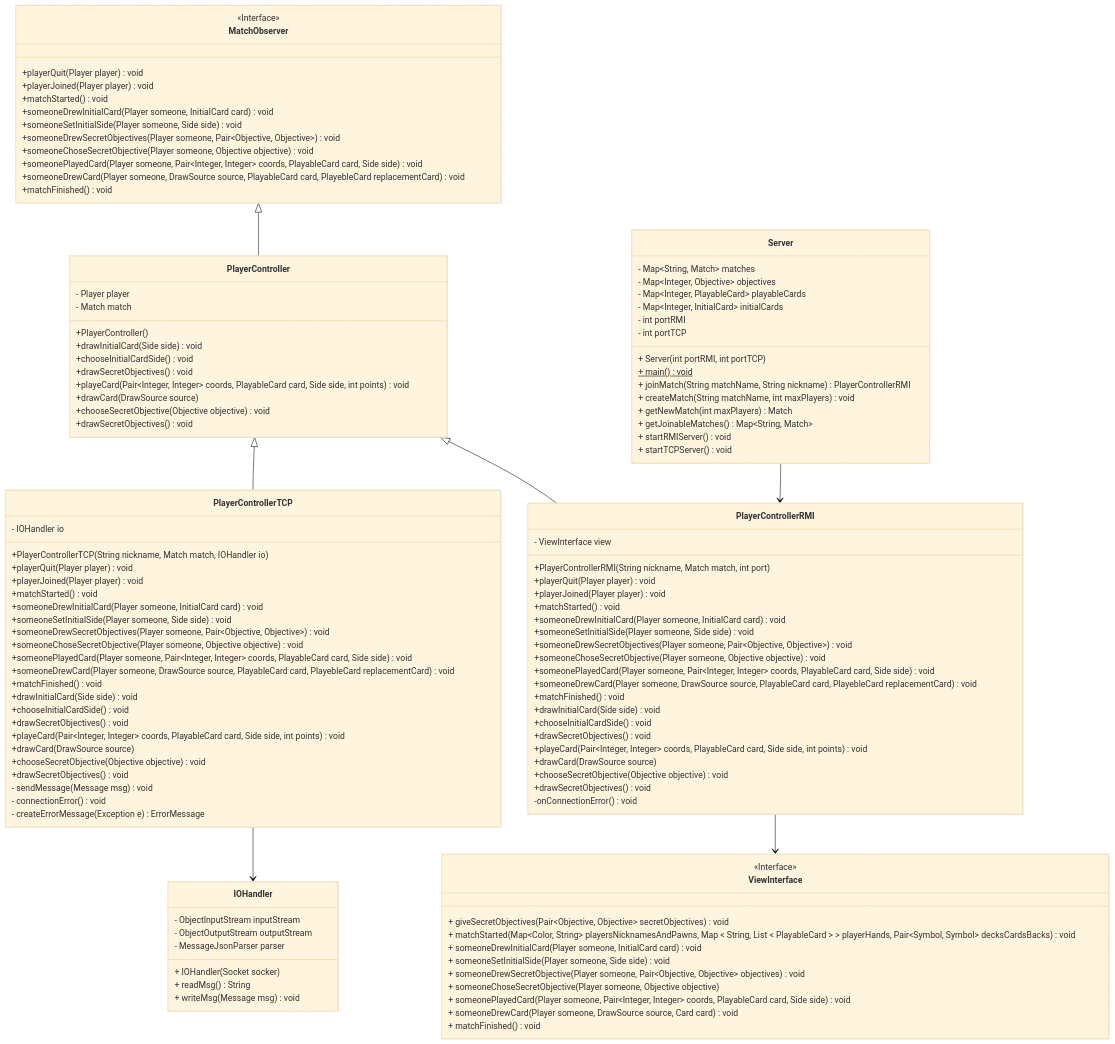
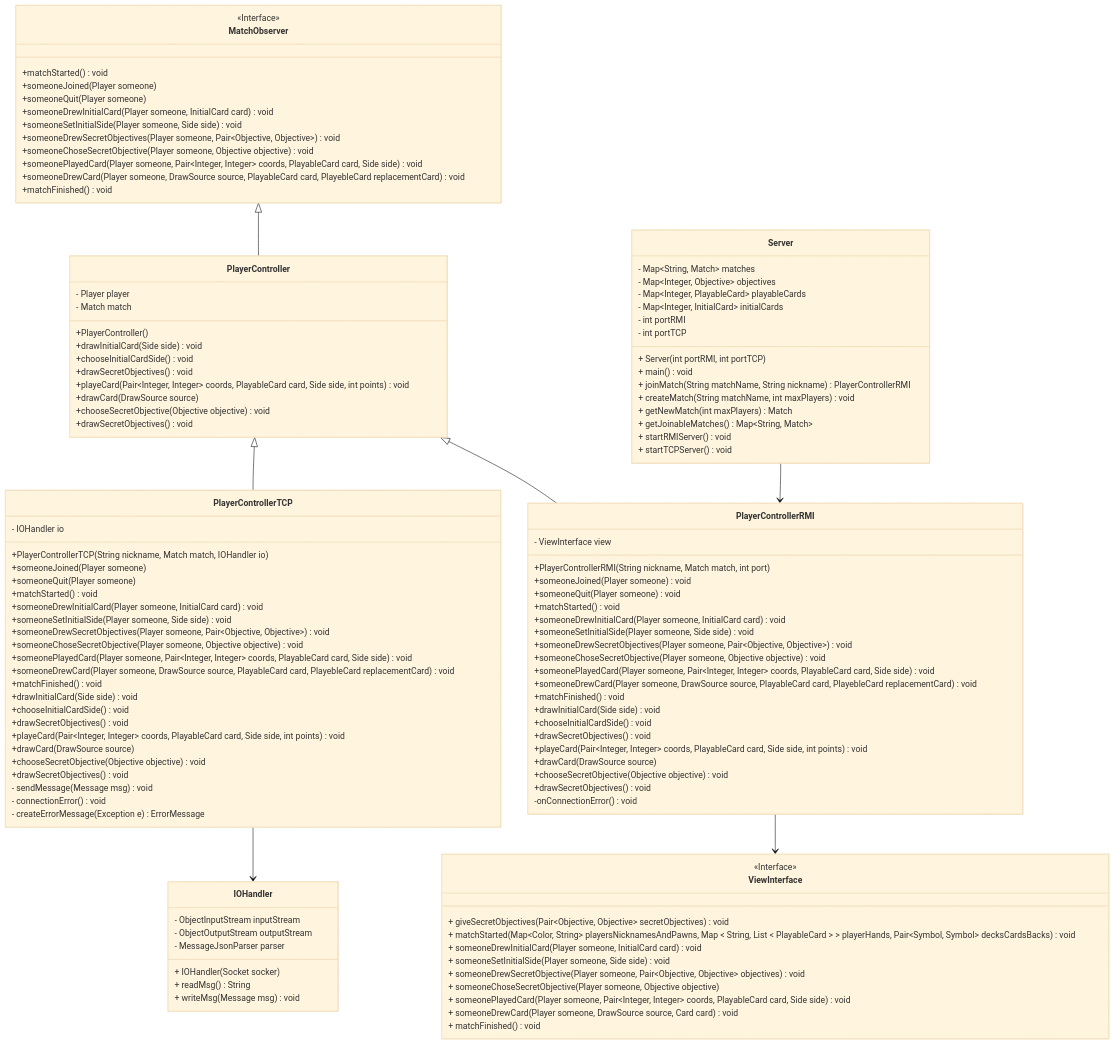
Before and after one commit to grecodavide/IS24-AM08: the diagram in deliveries/UML/server_diagram.mmd, drawn with Mermaid (base theme). The commit also changed 6 other files, not shown here.

Commit message:
Update UML diagrams

```diff
--- a/deliveries/UML/server_diagram.mmd
+++ b/deliveries/UML/server_diagram.mmd
@@ -1,121 +1,121 @@
 classDiagram
     MatchObserver <|-- PlayerController
     PlayerController <|-- PlayerControllerTCP
     PlayerController <|-- PlayerControllerRMI
     Server --> PlayerControllerRMI
     PlayerControllerTCP --> IOHandler
     PlayerControllerRMI --> ViewInterface
     
     class MatchObserver{
         <<Interface>>
-      +playerQuit(Player player) void
-      +playerJoined(Player player) void
       +matchStarted() void
+      +someoneJoined(Player someone)
+      +someoneQuit(Player someone)
       +someoneDrewInitialCard(Player someone, InitialCard card) void
       +someoneSetInitialSide(Player someone, Side side) void
       +someoneDrewSecretObjectives(Player someone, Pair~Objective, Objective~) void
       +someoneChoseSecretObjective(Player someone, Objective objective) void
       +someonePlayedCard(Player someone, Pair~Integer, Integer~ coords, PlayableCard card, Side side) void
       +someoneDrewCard(Player someone, DrawSource source, PlayableCard card, PlayebleCard replacementCard) void
       +matchFinished() void
     }
     
     class PlayerController{
       - Player player
       - Match match
       +PlayerController()
       +drawInitialCard(Side side) void
       +chooseInitialCardSide() void
       +drawSecretObjectives() void
       +playeCard(Pair~Integer, Integer~ coords, PlayableCard card, Side side, int points) void
       +drawCard(DrawSource source)
       +chooseSecretObjective(Objective objective) void 
       +drawSecretObjectives() void
     }
     
     class PlayerControllerTCP{
       - IOHandler io
       +PlayerControllerTCP(String nickname, Match match, IOHandler io)
-      +playerQuit(Player player) void
-      +playerJoined(Player player) void
+      +someoneJoined(Player someone)
+      +someoneQuit(Player someone) 
       +matchStarted() void
       +someoneDrewInitialCard(Player someone, InitialCard card) void
       +someoneSetInitialSide(Player someone, Side side) void
       +someoneDrewSecretObjectives(Player someone, Pair~Objective, Objective~) void
       +someoneChoseSecretObjective(Player someone, Objective objective) void
       +someonePlayedCard(Player someone, Pair~Integer, Integer~ coords, PlayableCard card, Side side) void
       +someoneDrewCard(Player someone, DrawSource source, PlayableCard card, PlayebleCard replacementCard) void
       +matchFinished() void
       +drawInitialCard(Side side) void
       +chooseInitialCardSide() void
       +drawSecretObjectives() void
       +playeCard(Pair~Integer, Integer~ coords, PlayableCard card, Side side, int points) void
       +drawCard(DrawSource source)
       +chooseSecretObjective(Objective objective) void 
       +drawSecretObjectives() void
       - sendMessage(Message msg) void
       - connectionError() void
       - createErrorMessage(Exception e) ErrorMessage
     }
     
     class PlayerControllerRMI {
       - ViewInterface view
       +PlayerControllerRMI(String nickname, Match match, int port)
-      +playerQuit(Player player) void
-      +playerJoined(Player player) void
+      +someoneJoined(Player someone) void
+      +someoneQuit(Player someone) void
       +matchStarted() void
       +someoneDrewInitialCard(Player someone, InitialCard card) void
       +someoneSetInitialSide(Player someone, Side side) void
       +someoneDrewSecretObjectives(Player someone, Pair~Objective, Objective~) void
       +someoneChoseSecretObjective(Player someone, Objective objective) void
       +someonePlayedCard(Player someone, Pair~Integer, Integer~ coords, PlayableCard card, Side side) void
       +someoneDrewCard(Player someone, DrawSource source, PlayableCard card, PlayebleCard replacementCard) void
       +matchFinished() void
       +drawInitialCard(Side side) void
       +chooseInitialCardSide() void
       +drawSecretObjectives() void
       +playeCard(Pair~Integer, Integer~ coords, PlayableCard card, Side side, int points) void
       +drawCard(DrawSource source)
       +chooseSecretObjective(Objective objective) void 
       +drawSecretObjectives() void
       -onConnectionError() void
     }
     
     class Server {
         - Map~String, Match~ matches
         - Map~Integer, Objective~  objectives
         - Map~Integer, PlayableCard~ playableCards
         - Map~Integer, InitialCard~ initialCards
         - int portRMI
         - int portTCP
         + Server(int portRMI, int portTCP)
-        + main()$ void
+        + main() void
         + joinMatch(String matchName, String nickname) PlayerControllerRMI
         + createMatch(String matchName, int maxPlayers) void
         + getNewMatch(int maxPlayers) Match
         + getJoinableMatches() Map~String, Match~
         + startRMIServer() void
         + startTCPServer() void
     }
     
     class IOHandler {
         - ObjectInputStream inputStream 
         - ObjectOutputStream outputStream
         - MessageJsonParser parser
         + IOHandler(Socket socker)
         + readMsg() String
         + writeMsg(Message msg) void
     }
     
     class ViewInterface {
       <<Interface>>
       + giveSecretObjectives(Pair~Objective, Objective~ secretObjectives) void
       + matchStarted(Map~Color, String~ playersNicknamesAndPawns, Map &lt String, List &lt PlayableCard &gt &gt playerHands, Pair~Objective, Objective~ visibleObjectives, Map~DrawSource, PlayableCard~ visiblePlayableCards, Pair~Symbol, Symbol~ decksCardsBacks) void
       + someoneDrewInitialCard(Player someone, InitialCard card) void
       + someoneSetInitialSide(Player someone, Side side) void
       + someoneDrewSecretObjective(Player someone, Pair~Objective, Objective~ objectives) void
       + someoneChoseSecretObjective(Player someone, Objective objective)
       + someonePlayedCard(Player someone, Pair~Integer, Integer~ coords, PlayableCard card, Side side) void
       + someoneDrewCard(Player someone, DrawSource source, Card card) void
       + matchFinished() void
     }
```
